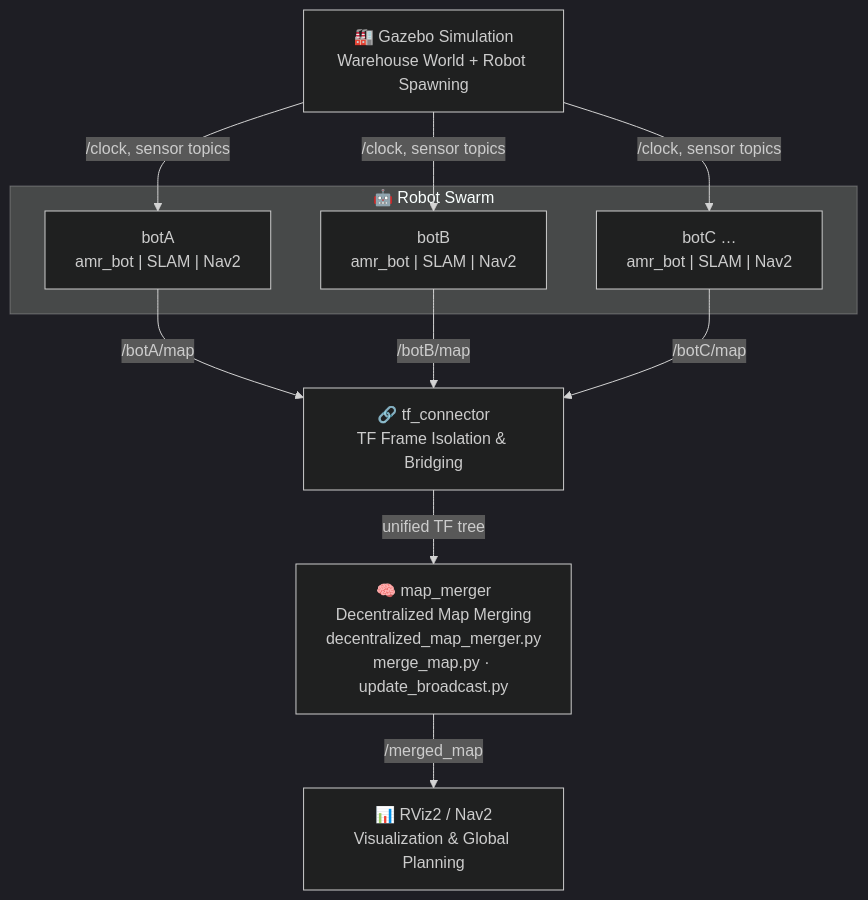
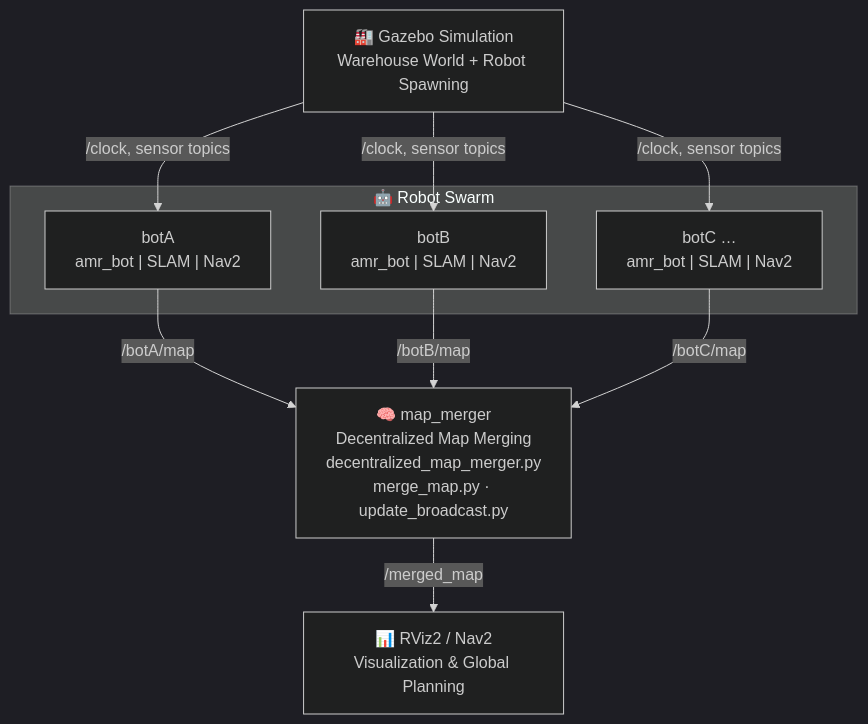
Before and after one commit to 0RBalaji/Swarm-SLAM-Repo: the diagram in README.md, drawn with Mermaid (dark theme). The commit also changed other lines of this file, not shown here.

Commit message:
Fix README: comment out license badge, remove tf_connector from diagram, clarify Gazebo Classic
Agent-Logs-Url: https://github.com/0RBalaji/Swarm-SLAM-Repo/sessions/3d52705a-087f-4760-ad1b-00438598ce24

````diff
--- a/README.md
+++ b/README.md
@@ -59,28 +59,24 @@
 ```mermaid
 flowchart TD
     GZ["🏭 Gazebo Simulation\nWarehouse World + Robot Spawning"]
 
     GZ -->|"/clock, sensor topics"| botA
     GZ -->|"/clock, sensor topics"| botB
     GZ -->|"/clock, sensor topics"| botC
 
     subgraph Swarm ["🤖 Robot Swarm"]
         botA["botA\namr_bot | SLAM | Nav2"]
         botB["botB\namr_bot | SLAM | Nav2"]
         botC["botC  …\namr_bot | SLAM | Nav2"]
     end
 
-    botA -->|"/botA/map"| TF
-    botB -->|"/botB/map"| TF
-    botC -->|"/botC/map"| TF
-
-    TF["🔗 tf_connector\nTF Frame Isolation & Bridging"]
-
-    TF -->|"unified TF tree"| MM
+    botA -->|"/botA/map"| MM
+    botB -->|"/botB/map"| MM
+    botC -->|"/botC/map"| MM
 
     MM["🧠 map_merger\nDecentralized Map Merging\ndecentralized_map_merger.py\nmerge_map.py · update_broadcast.py"]
 
     MM -->|"/merged_map"| VIZ
 
     VIZ["📊 RViz2 / Nav2\nVisualization & Global Planning"]
 ```
````
